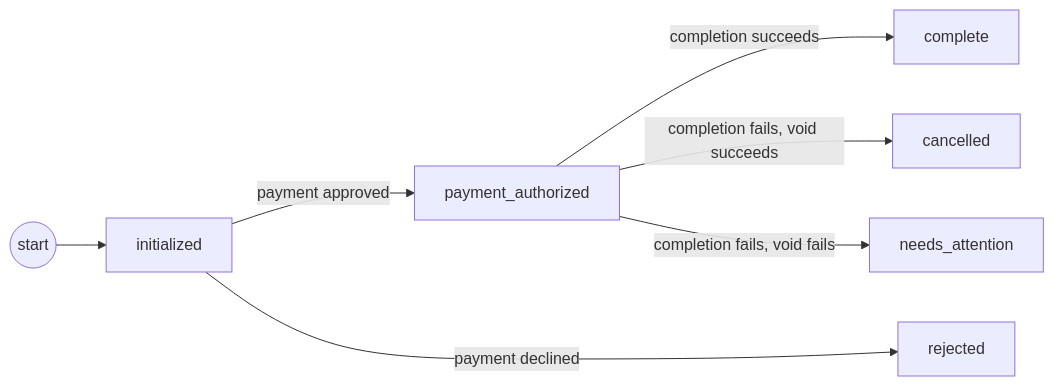
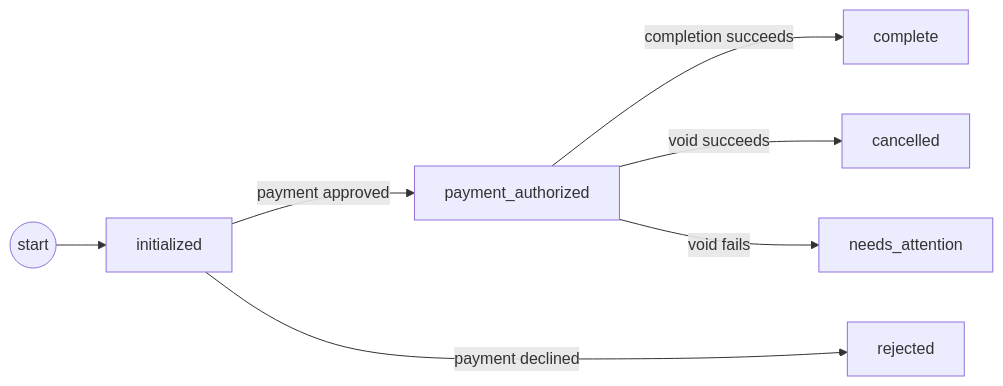
The diagram in README.md (blaster151/gametime-order-state-machine), drawn with Mermaid before and after one commit.

Commit message:
docs: shorten diagram edge labels

````diff
--- a/README.md
+++ b/README.md
@@ -66,11 +66,11 @@
 ```mermaid
 flowchart LR
     start((start)) --> initialized
     initialized -->|payment approved| payment_authorized
     initialized -->|payment declined| rejected
     payment_authorized -->|completion succeeds| complete
-    payment_authorized -->|completion fails, void succeeds| cancelled
-    payment_authorized -->|completion fails, void fails| needs_attention
+    payment_authorized -->|void succeeds| cancelled
+    payment_authorized -->|void fails| needs_attention
 
     payment_authorized ~~~ rejected
 ```
````
